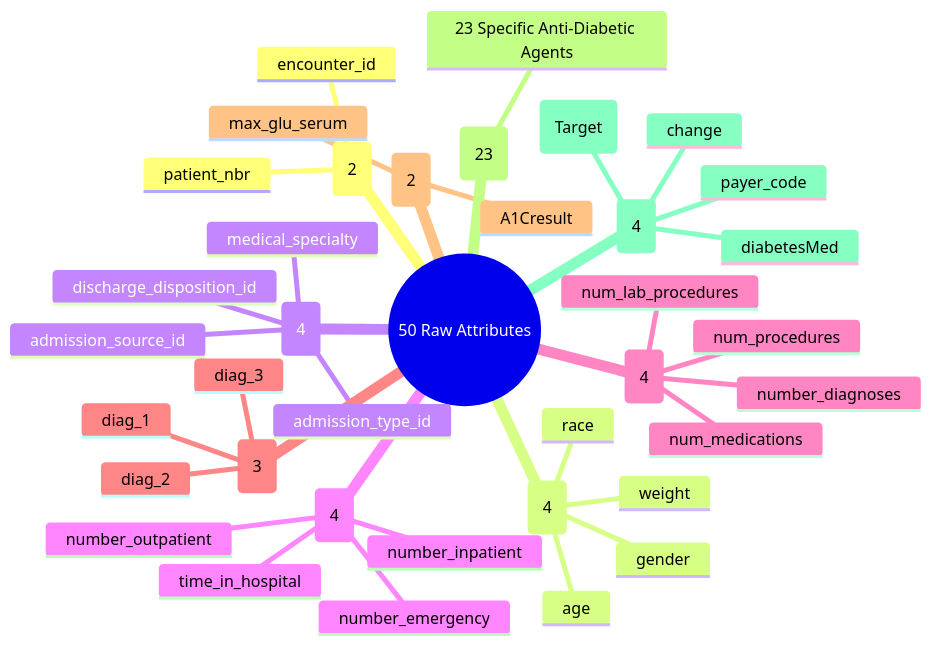
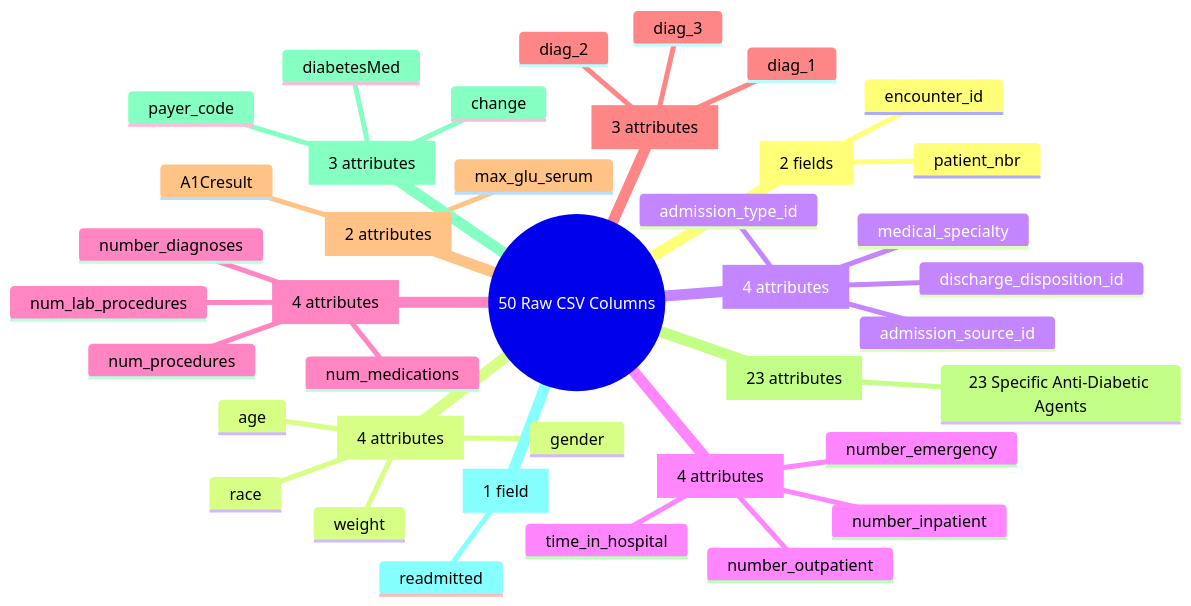
One commit to Dr-Venom29/FusionMedAI changed the diagram in research/clinical/Volume_01_Dataset_Audit/05_feature_taxonomy.md. Above: the diagram before and after it, drawn with Mermaid. The commit also changed other lines of this file and 25 other files, not shown here.

````diff
--- a/research/clinical/Volume_01_Dataset_Audit/05_feature_taxonomy.md
+++ b/research/clinical/Volume_01_Dataset_Audit/05_feature_taxonomy.md
@@ -7,41 +7,42 @@
 ```mermaid
 mindmap
-  root((50 Raw Attributes))
-    Identifiers (2)
+  root((50 Raw CSV Columns))
+    Identifiers [2 fields]
       encounter_id
       patient_nbr
-    Demographics (4)
+    Demographics [4 attributes]
       race
       gender
       age
       weight
-    Encounter Context (4)
+    Encounter Context [4 attributes]
       admission_type_id
       discharge_disposition_id
       admission_source_id
       medical_specialty
-    Hospital Utilization (4)
+    Hospital Utilization [4 attributes]
       time_in_hospital
       number_outpatient
       number_emergency
       number_inpatient
-    Diagnostic & Clinical Intensity (4)
+    Diagnostic & Clinical Intensity [4 attributes]
       num_lab_procedures
       num_procedures
       num_medications
       number_diagnoses
-    ICD-9 Diagnoses (3)
+    ICD-9 Diagnoses [3 attributes]
       diag_1
       diag_2
       diag_3
-    Glycemic Monitoring Labs (2)
+    Glycemic Monitoring Labs [2 attributes]
       max_glu_serum
       A1Cresult
-    Pharmacotherapy Regimen (23)
+    Pharmacotherapy Regimen [23 attributes]
       23 Specific Anti-Diabetic Agents
-    Treatment Dynamics & Admin (4)
+    Treatment Dynamics & Admin [3 attributes]
       change
       diabetesMed
       payer_code
-      readmitted (Target)
+    Target [1 field]
+      readmitted
 ```
````
